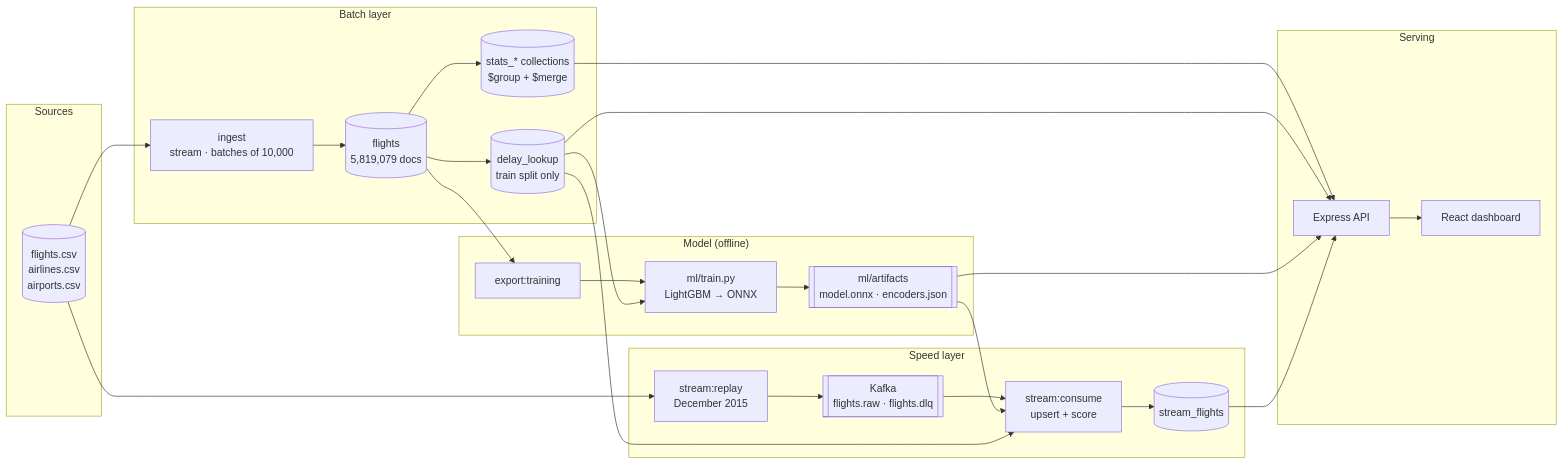
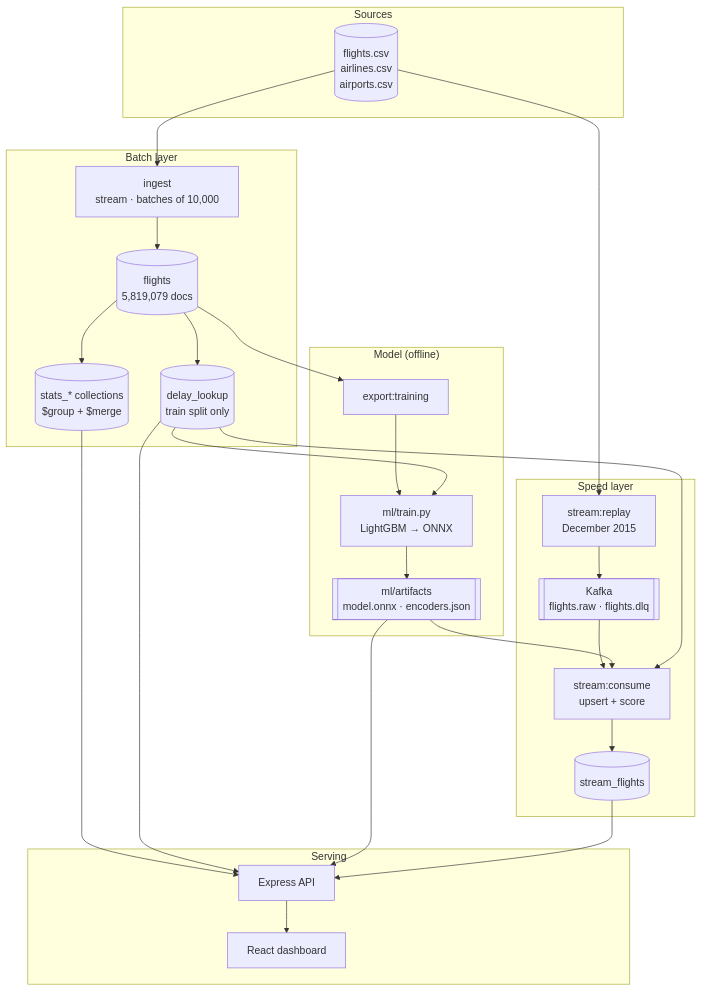
Before and after one commit to StrawHat-Luffyyy/Airline_Flight_Delay_Prediction: the first of 3 diagrams in README.md, drawn with Mermaid. The commit also changed other lines of this file and 6 other files, not shown here.

Commit message:
docs: add architecture and model split diagrams and update README

````diff
--- a/README.md
+++ b/README.md
@@ -65,46 +75,46 @@
 ```mermaid
-flowchart LR
+flowchart TB
   subgraph Sources
     csv[("flights.csv<br/>airlines.csv<br/>airports.csv")]
   end
 
   subgraph Batch["Batch layer"]
     ingest["ingest<br/>stream · batches of 10,000"]
     flights[("flights<br/>5,819,079 docs")]
     stats[("stats_* collections<br/>$group + $merge")]
     lookup[("delay_lookup<br/>train split only")]
   end
 
   subgraph ML["Model (offline)"]
     exportCsv["export:training"]
     train["ml/train.py<br/>LightGBM → ONNX"]
     artifacts[["ml/artifacts<br/>model.onnx · encoders.json"]]
   end
 
   subgraph Speed["Speed layer"]
     replay["stream:replay<br/>December 2015"]
     kafka[["Kafka<br/>flights.raw · flights.dlq"]]
     consumer["stream:consume<br/>upsert + score"]
     streamdb[("stream_flights")]
   end
 
   subgraph Serving
     api["Express API"]
     web["React dashboard"]
   end
 
   csv --> ingest --> flights
   flights --> stats
   flights --> lookup
   flights --> exportCsv --> train
   lookup --> train
   train --> artifacts
   csv --> replay --> kafka --> consumer --> streamdb
   artifacts --> consumer
   lookup --> consumer
   stats --> api
   lookup --> api
   artifacts --> api
   streamdb --> api
   api --> web
 ```
````
